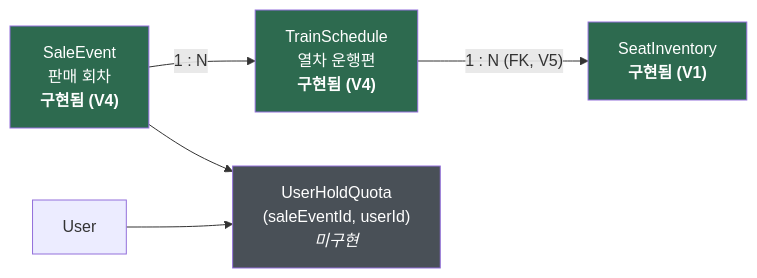
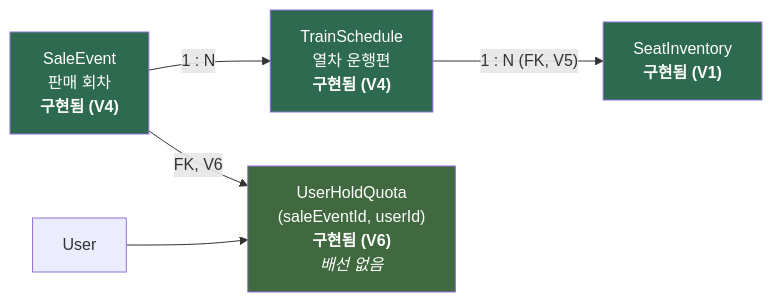
Before and after one commit to whdkfhr/rail-gate: the fourth of 4 diagrams in docs/ARCHITECTURE.md, drawn with Mermaid. The commit also changed other lines of this file and 22 other files, not shown here.

First line of the commit message:
feat: user_hold_quota 카운터 테이블과 조건부 UPDATE 저장소 추가

````diff
--- a/docs/ARCHITECTURE.md
+++ b/docs/ARCHITECTURE.md
@@ -220,12 +220,12 @@
 ```mermaid
 graph LR
     SE["SaleEvent<br/>판매 회차<br/><b>구현됨 (V4)</b>"] -->|"1 : N"| TS["TrainSchedule<br/>열차 운행편<br/><b>구현됨 (V4)</b>"]
     TS -->|"1 : N (FK, V5)"| SI["SeatInventory<br/><b>구현됨 (V1)</b>"]
-    SE --> Q["UserHoldQuota<br/>(saleEventId, userId)<br/><i>미구현</i>"]
+    SE -->|"FK, V6"| Q["UserHoldQuota<br/>(saleEventId, userId)<br/><b>구현됨 (V6)</b><br/><i>배선 없음</i>"]
     U["User"] --> Q
 
     style SI fill:#2d6a4f,color:#fff
     style SE fill:#2d6a4f,color:#fff
     style TS fill:#2d6a4f,color:#fff
-    style Q fill:#495057,color:#fff
+    style Q fill:#40693f,color:#fff
 ```
````
